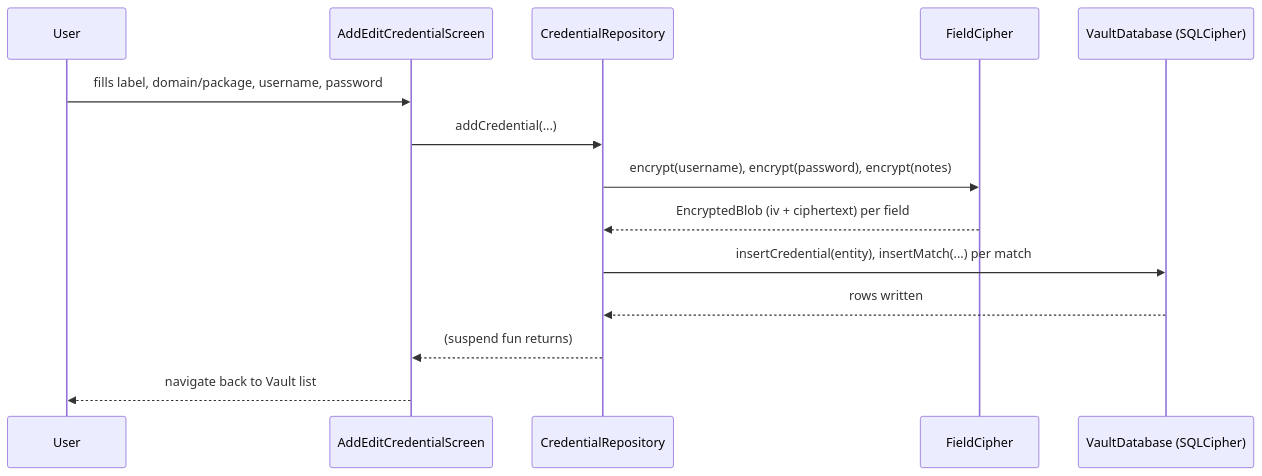
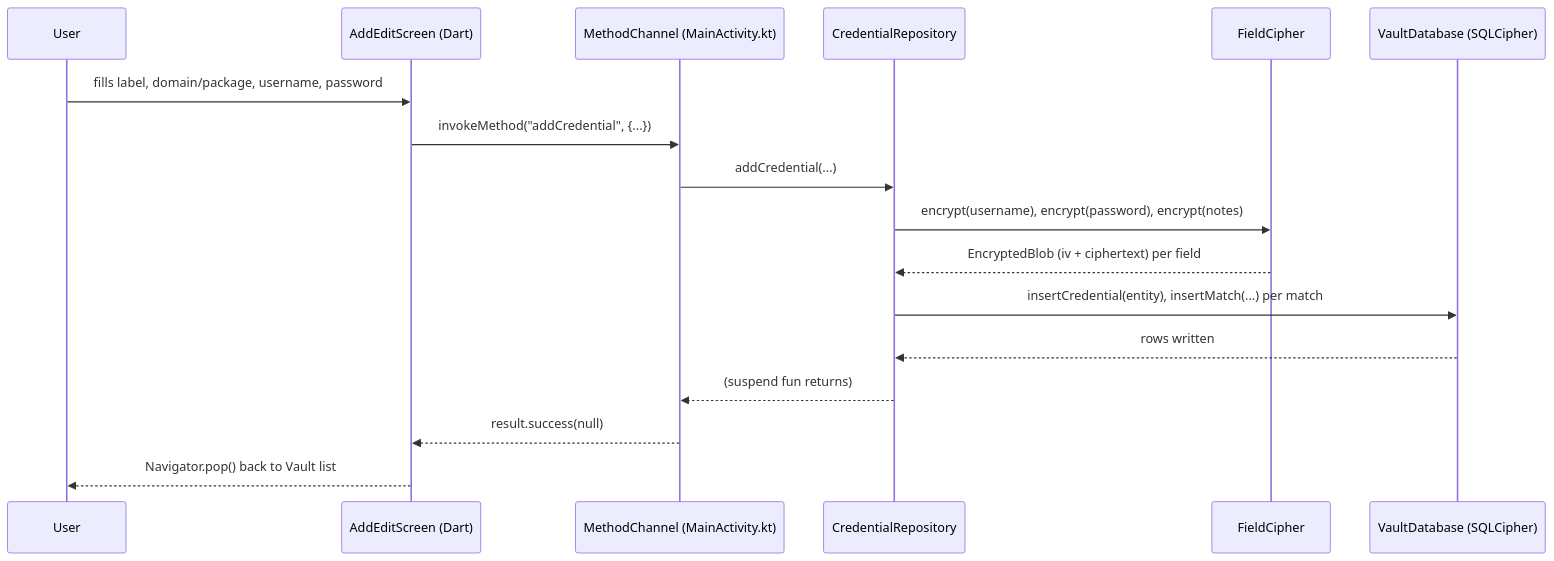
The first of 5 diagrams in DATA_FLOW.md (DevBehindYou/Vaultkey-Lite), drawn with Mermaid before and after one commit. The commit also changed other lines of this file and 100 other files, not shown here.

````diff
--- a/DATA_FLOW.md
+++ b/DATA_FLOW.md
@@ -8,17 +8,20 @@
 ```mermaid
 sequenceDiagram
     participant U as User
-    participant UI as AddEditCredentialScreen
+    participant UI as AddEditScreen (Dart)
+    participant CH as MethodChannel (MainActivity.kt)
     participant Repo as CredentialRepository
     participant FC as FieldCipher
     participant DB as VaultDatabase (SQLCipher)
 
     U->>UI: fills label, domain/package, username, password
-    UI->>Repo: addCredential(...)
+    UI->>CH: invokeMethod("addCredential", {...})
+    CH->>Repo: addCredential(...)
     Repo->>FC: encrypt(username), encrypt(password), encrypt(notes)
     FC-->>Repo: EncryptedBlob (iv + ciphertext) per field
     Repo->>DB: insertCredential(entity), insertMatch(...) per match
     DB-->>Repo: rows written
-    Repo-->>UI: (suspend fun returns)
-    UI-->>U: navigate back to Vault list
+    Repo-->>CH: (suspend fun returns)
+    CH-->>UI: result.success(null)
+    UI-->>U: Navigator.pop() back to Vault list
 ```
````
